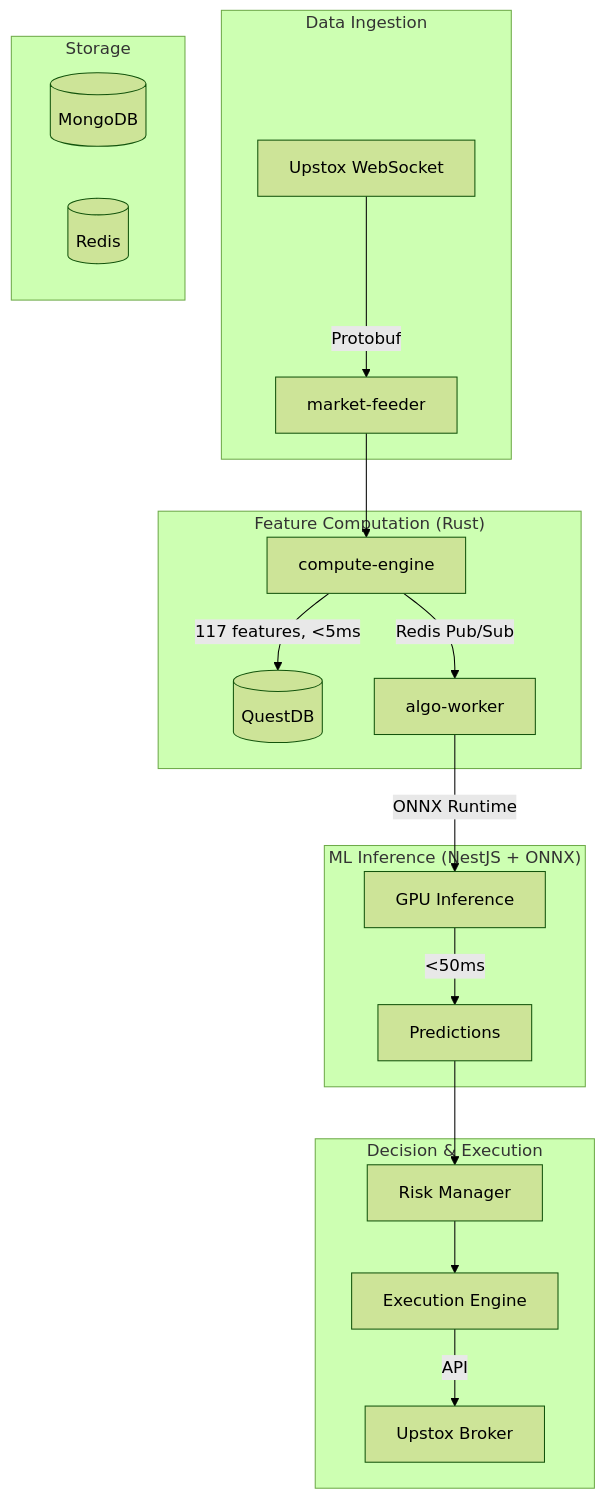
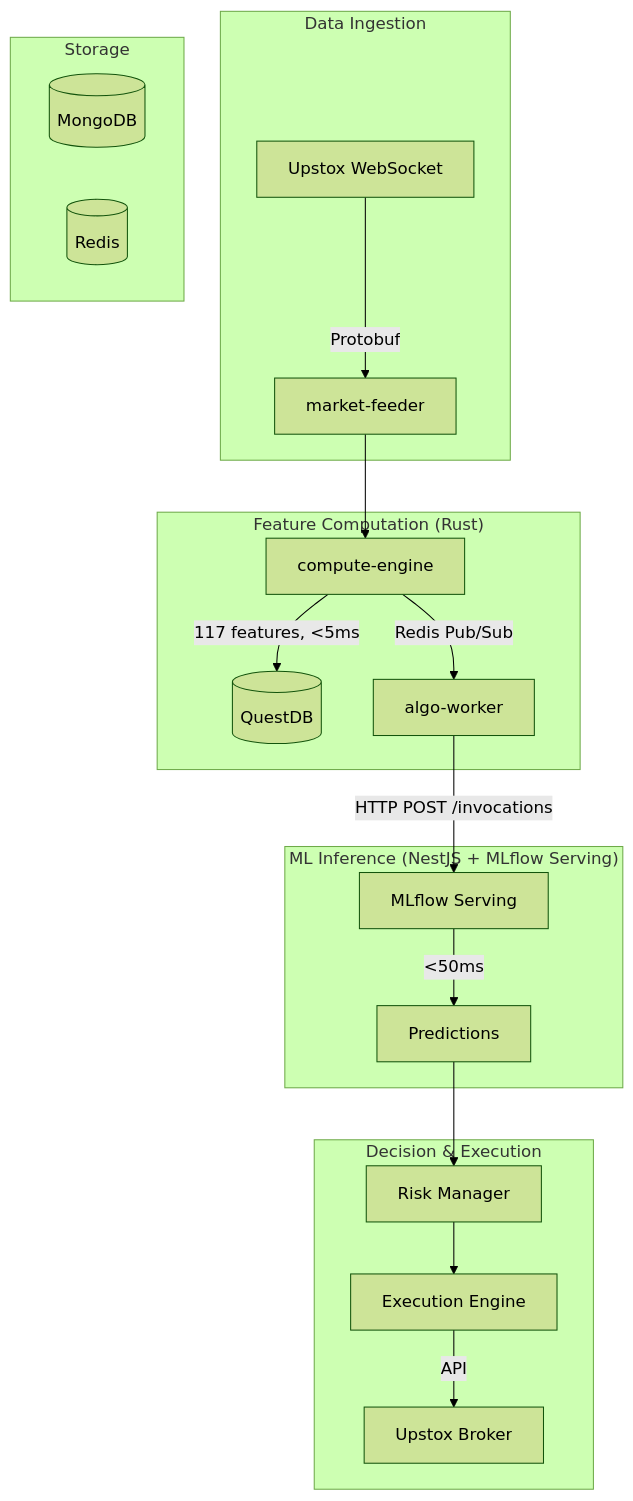
Before and after one commit to OkBeiRohan/investment-trading-portfolio: the first of 2 diagrams in README.md, drawn with Mermaid (forest theme). The commit also changed other lines of this file and 73 other files, not shown here.

First line of the commit message:
Update README and documentation to reflect MLflow Model Serving integration

````diff
--- a/README.md
+++ b/README.md
@@ -132,29 +132,29 @@
 ```mermaid
 graph TD
     subgraph "Data Ingestion"
         WS[Upstox WebSocket] -->|Protobuf| MF[market-feeder]
     end
 
     subgraph "Feature Computation (Rust)"
         MF --> CE[compute-engine]
         CE -->|117 features, <5ms| QDB[(QuestDB)]
         CE -->|Redis Pub/Sub| AW
     end
 
-    subgraph "ML Inference (NestJS + ONNX)"
-        AW[algo-worker] -->|ONNX Runtime| GPU[GPU Inference]
-        GPU -->|<50ms| PRED[Predictions]
+    subgraph "ML Inference (NestJS + MLflow Serving)"
+        AW[algo-worker] -->|HTTP POST /invocations| MLS[MLflow Serving]
+        MLS -->|<50ms| PRED[Predictions]
     end
 
     subgraph "Decision & Execution"
         PRED --> RISK[Risk Manager]
         RISK --> EXEC[Execution Engine]
         EXEC -->|API| UPSTOX[Upstox Broker]
     end
 
     subgraph "Storage"
         QDB
         MDB[(MongoDB)]
         REDIS[(Redis)]
     end
 ```
````
